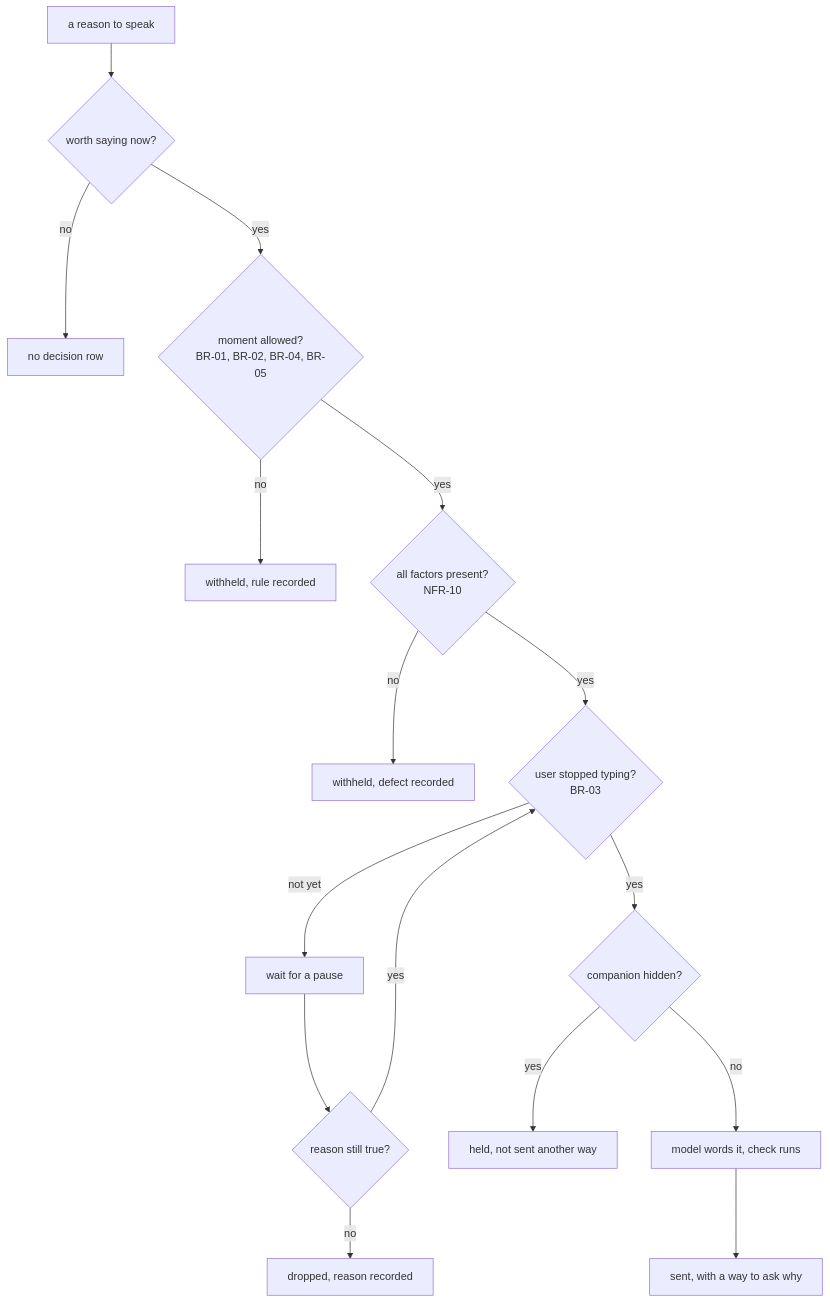
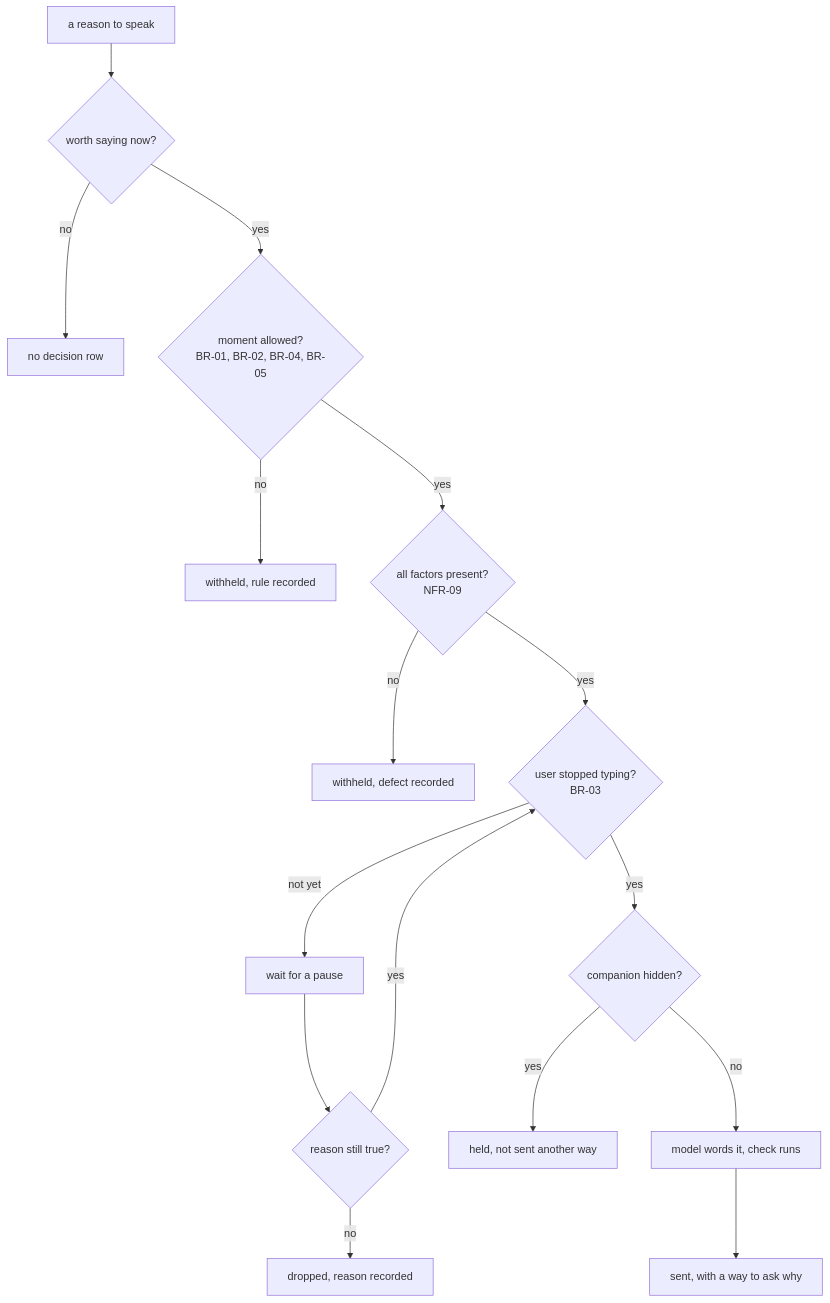
Before and after one commit to NguyenVu04/cognia: the tenth of 43 diagrams in docs/architecture/ARCHITECTURE.md, drawn with Mermaid. The commit also changed other lines of this file and 40 other files, not shown here.

````diff
--- a/docs/architecture/ARCHITECTURE.md
+++ b/docs/architecture/ARCHITECTURE.md
@@ -873,18 +874,18 @@
 ```mermaid
 flowchart TD
     reason["a reason to speak"] --> worth{"worth saying now?"}
     worth -- "no" --> drop0["no decision row"]
     worth -- "yes" --> allowed{"moment allowed?<br/>BR-01, BR-02, BR-04, BR-05"}
     allowed -- "no" --> withheld["withheld, rule recorded"]
-    allowed -- "yes" --> complete{"all factors present?<br/>NFR-10"}
+    allowed -- "yes" --> complete{"all factors present?<br/>NFR-09"}
     complete -- "no" --> defect["withheld, defect recorded"]
     complete -- "yes" --> pause{"user stopped typing?<br/>BR-03"}
     pause -- "not yet" --> hold["wait for a pause"]
     hold --> lapsed{"reason still true?"}
     lapsed -- "no" --> dropped["dropped, reason recorded"]
     lapsed -- "yes" --> pause
     pause -- "yes" --> hidden{"companion hidden?"}
     hidden -- "yes" --> held["held, not sent another way"]
     hidden -- "no" --> word["model words it, check runs"]
     word --> send["sent, with a way to ask why"]
 ```
````
